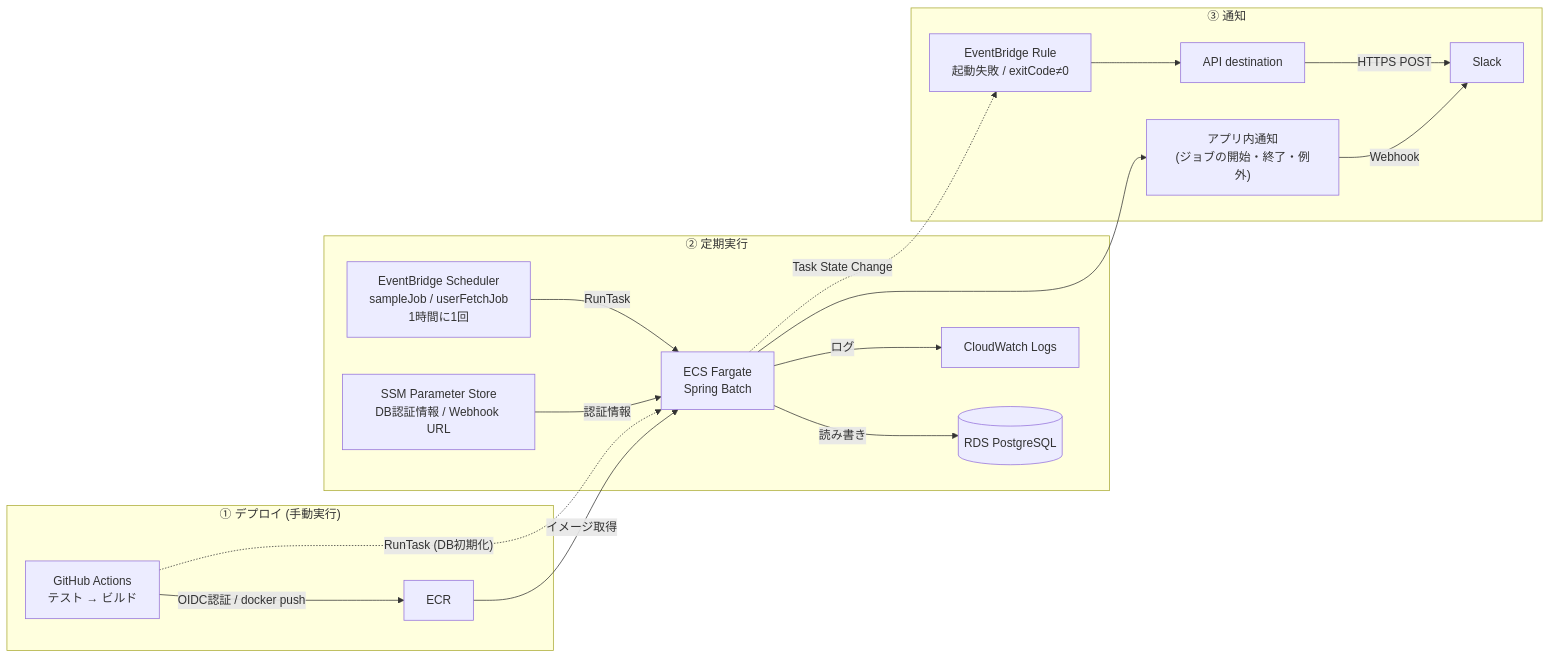
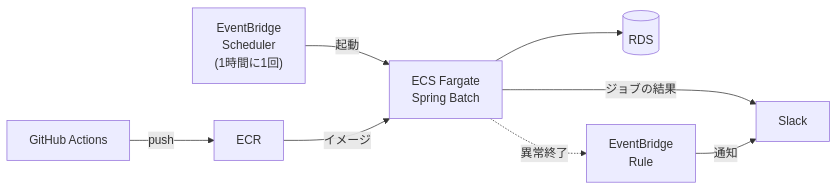
The second of 2 diagrams in README.md (sukunahikona/spring-batch-v1-monorepo), drawn with Mermaid before and after one commit. The commit also changed other lines of this file, not shown here.

Commit message:
README の構成図を簡略化して見やすくする

````diff
--- a/README.md
+++ b/README.md
@@ -68,34 +55,9 @@
 ```mermaid
 flowchart LR
-    subgraph CICD["① デプロイ (手動実行)"]
-        GHA["GitHub Actions<br/>テスト → ビルド"]
-        ECR["ECR"]
-        GHA -->|"OIDC認証 / docker push"| ECR
-    end
-
-    subgraph RUN["② 定期実行"]
-        SCH["EventBridge Scheduler<br/>sampleJob / userFetchJob<br/>1時間に1回"]
-        ECS["ECS Fargate<br/>Spring Batch"]
-        SSM["SSM Parameter Store<br/>DB認証情報 / Webhook URL"]
-        RDS[("RDS PostgreSQL")]
-        CWL["CloudWatch Logs"]
-        SCH -->|RunTask| ECS
-        ECR -->|イメージ取得| ECS
-        SSM -->|認証情報| ECS
-        ECS -->|読み書き| RDS
-        ECS -->|ログ| CWL
-    end
-
-    subgraph NOTIFY["③ 通知"]
-        APP["アプリ内通知<br/>(ジョブの開始・終了・例外)"]
-        RULE["EventBridge Rule<br/>起動失敗 / exitCode≠0"]
-        APID["API destination"]
-        SLACK["Slack"]
-        APP -->|Webhook| SLACK
-        RULE --> APID -->|HTTPS POST| SLACK
-    end
-
-    GHA -.->|"RunTask (DB初期化)"| ECS
-    ECS --> APP
-    ECS -.->|Task State Change| RULE
+    GHA["GitHub Actions"] -->|push| ECR["ECR"]
+    SCH["EventBridge<br/>Scheduler<br/>(1時間に1回)"] -->|起動| ECS["ECS Fargate<br/>Spring Batch"]
+    ECR -->|イメージ| ECS
+    ECS --> RDS[("RDS")]
+    ECS -->|ジョブの結果| SLACK["Slack"]
+    ECS -.->|異常終了| RULE["EventBridge<br/>Rule"] -->|通知| SLACK
 ```
````
